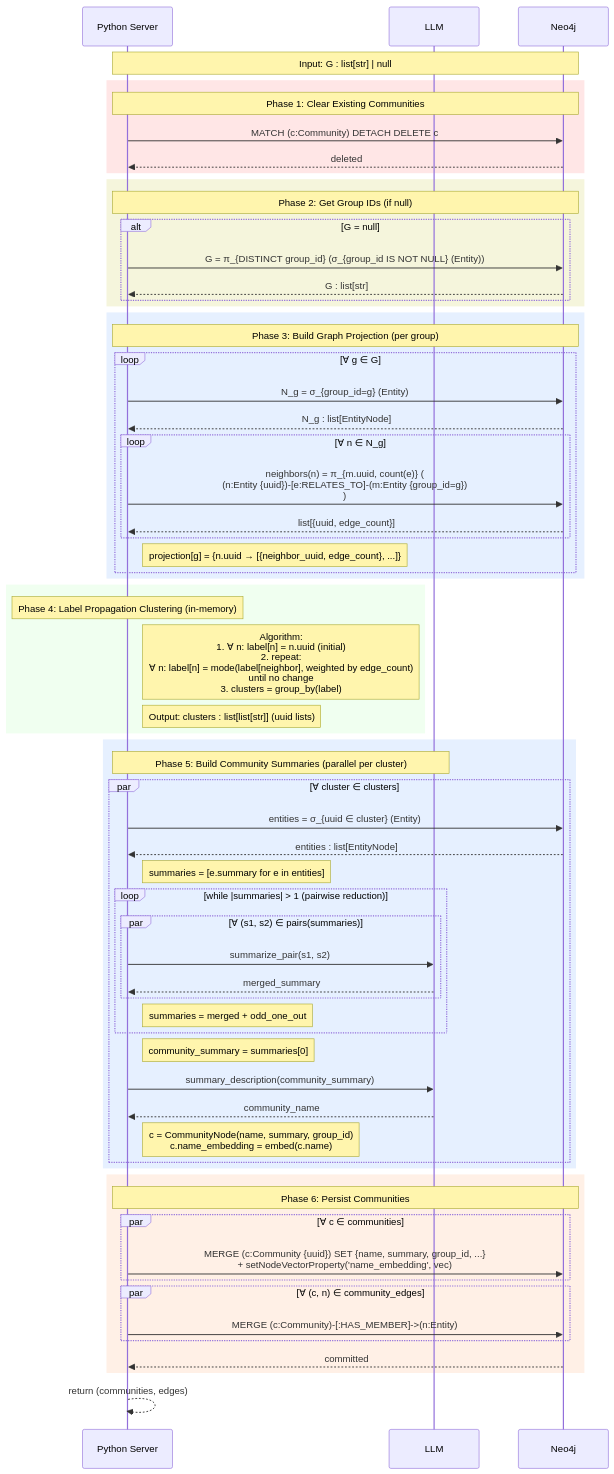
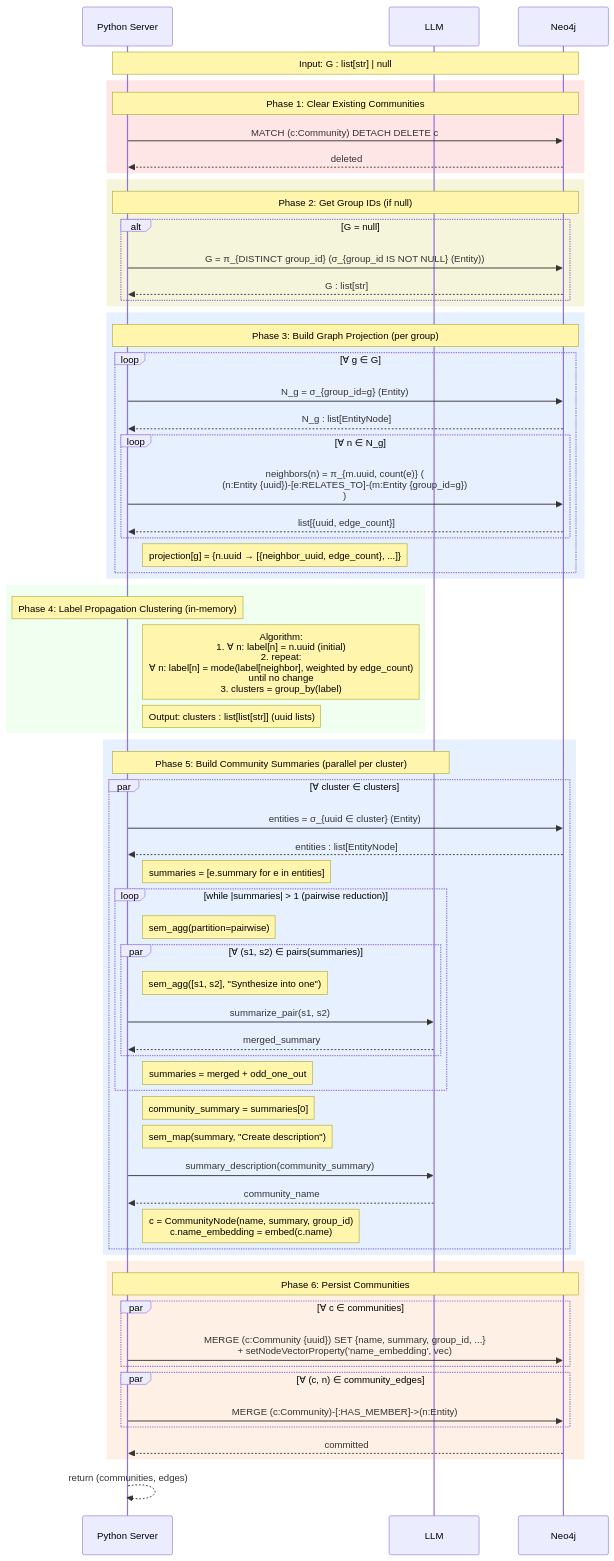
One commit to SleepyLGod/zep-graphiti changed the second of 3 diagrams in examples/neo4j_otel/data_flow_relational.md. Above: the diagram before and after it, drawn with Mermaid. The commit also changed other lines of this file, not shown here.

Commit message:
semantic ops updated in the diagrams.

````diff
--- a/examples/neo4j_otel/data_flow_relational.md
+++ b/examples/neo4j_otel/data_flow_relational.md
@@ -216,74 +233,77 @@
 ```mermaid
 sequenceDiagram
     participant Py as Python Server
     participant LLM as LLM
     participant Neo4j as Neo4j
 
     Note over Py, Neo4j: Input: G : list[str] | null
 
     rect rgb(255, 230, 230)
         Note over Py, Neo4j: Phase 1: Clear Existing Communities
         Py->>Neo4j: MATCH (c:Community) DETACH DELETE c
         Neo4j-->>Py: deleted
     end
 
     rect rgb(245, 245, 220)
         Note over Py, Neo4j: Phase 2: Get Group IDs (if null)
         alt G = null
             Py->>Neo4j: G = π_{DISTINCT group_id} (σ_{group_id IS NOT NULL} (Entity))
             Neo4j-->>Py: G : list[str]
         end
     end
 
     rect rgb(230, 240, 255)
         Note over Py, Neo4j: Phase 3: Build Graph Projection (per group)
         loop ∀ g ∈ G
             Py->>Neo4j: N_g = σ_{group_id=g} (Entity)
             Neo4j-->>Py: N_g : list[EntityNode]
             loop ∀ n ∈ N_g
                 Py->>Neo4j: neighbors(n) = π_{m.uuid, count(e)} (<br/>  (n:Entity {uuid})-[e:RELATES_TO]-(m:Entity {group_id=g})<br/>)
                 Neo4j-->>Py: list[{uuid, edge_count}]
             end
             Note right of Py: projection[g] = {n.uuid → [{neighbor_uuid, edge_count}, ...]}
         end
     end
 
     rect rgb(240, 255, 240)
         Note over Py: Phase 4: Label Propagation Clustering (in-memory)
         Note right of Py: Algorithm:<br/>1. ∀ n: label[n] = n.uuid (initial)<br/>2. repeat:<br/>   ∀ n: label[n] = mode(label[neighbor], weighted by edge_count)<br/>   until no change<br/>3. clusters = group_by(label)
         Note right of Py: Output: clusters : list[list[str]] (uuid lists)
     end
 
     rect rgb(230, 240, 255)
         Note over Py, LLM: Phase 5: Build Community Summaries (parallel per cluster)
         par ∀ cluster ∈ clusters
             Py->>Neo4j: entities = σ_{uuid ∈ cluster} (Entity)
             Neo4j-->>Py: entities : list[EntityNode]
             Note right of Py: summaries = [e.summary for e in entities]
             loop while |summaries| > 1 (pairwise reduction)
+                Note right of Py: sem_agg(partition=pairwise)
                 par ∀ (s1, s2) ∈ pairs(summaries)
+                    Note right of Py: sem_agg([s1, s2], "Synthesize into one")
                     Py->>LLM: summarize_pair(s1, s2)
                     LLM-->>Py: merged_summary
                 end
                 Note right of Py: summaries = merged + odd_one_out
             end
             Note right of Py: community_summary = summaries[0]
+            Note right of Py: sem_map(summary, "Create description")
             Py->>LLM: summary_description(community_summary)
             LLM-->>Py: community_name
             Note right of Py: c = CommunityNode(name, summary, group_id)<br/>c.name_embedding = embed(c.name)
         end
     end
 
     rect rgb(255, 240, 230)
         Note over Py, Neo4j: Phase 6: Persist Communities
         par ∀ c ∈ communities
             Py->>Neo4j: MERGE (c:Community {uuid}) SET {name, summary, group_id, ...}<br/>+ setNodeVectorProperty('name_embedding', vec)
         end
         par ∀ (c, n) ∈ community_edges
             Py->>Neo4j: MERGE (c:Community)-[:HAS_MEMBER]->(n:Entity)
         end
         Neo4j-->>Py: committed
     end
 
     Py-->>Py: return (communities, edges)
 ```
````
